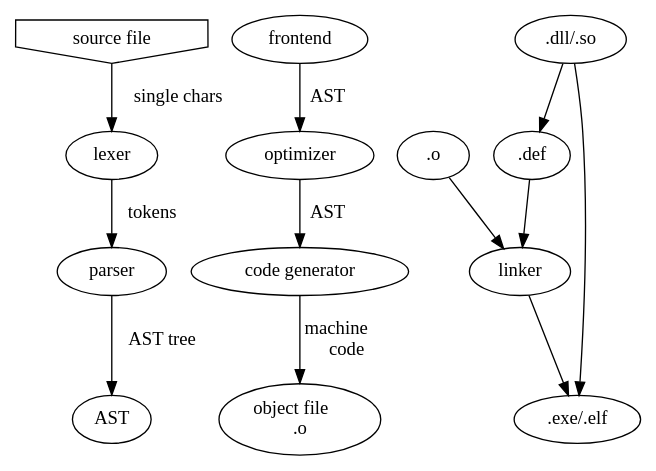
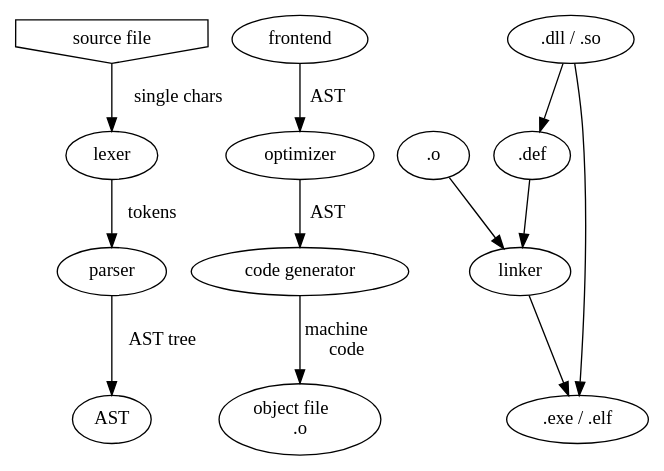
The diagram in doc/fig/compiler.dot (ponyatov/Y), drawn with Graphviz before and after one commit. The commit also changed 7 other files, not shown here.

```diff
--- a/doc/fig/compiler.dot
+++ b/doc/fig/compiler.dot
@@ -1,25 +1,25 @@
 digraph {
 
 subgraph frontend { label=frontend; 
 
 "source file" [shape=invhouse];
 "source file" -> lexer [label="  single chars"];
 lexer -> parser [label="  tokens"];
 parser -> "AST" [label="  AST tree"]; 
 }
 
 subgraph backend { label=backend;
 
 frontend -> "optimizer" -> "code generator" [label="  AST"];
 "code generator" -> "object file\l.o" [label="  machine\lcode"];
  
 }
 
 subgraph { label=linker;
 ".o" -> linker;
-".dll/.so" -> ".def" -> linker;
-linker -> ".exe/.elf";
-".dll/.so" -> ".exe/.elf";
+".dll / .so" -> ".def" -> linker;
+linker -> ".exe / .elf";
+".dll / .so" -> ".exe / .elf";
 }
 
 }
```
